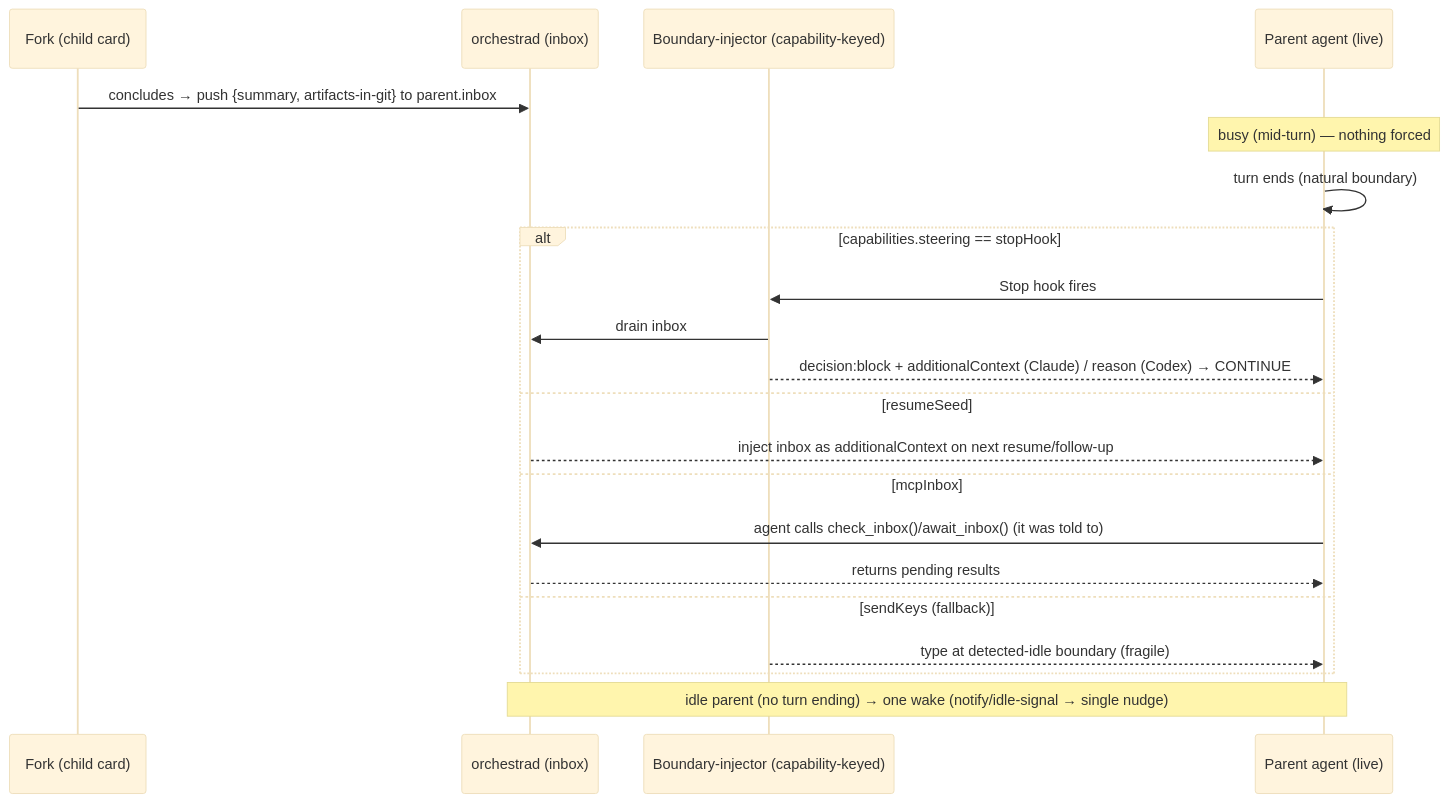
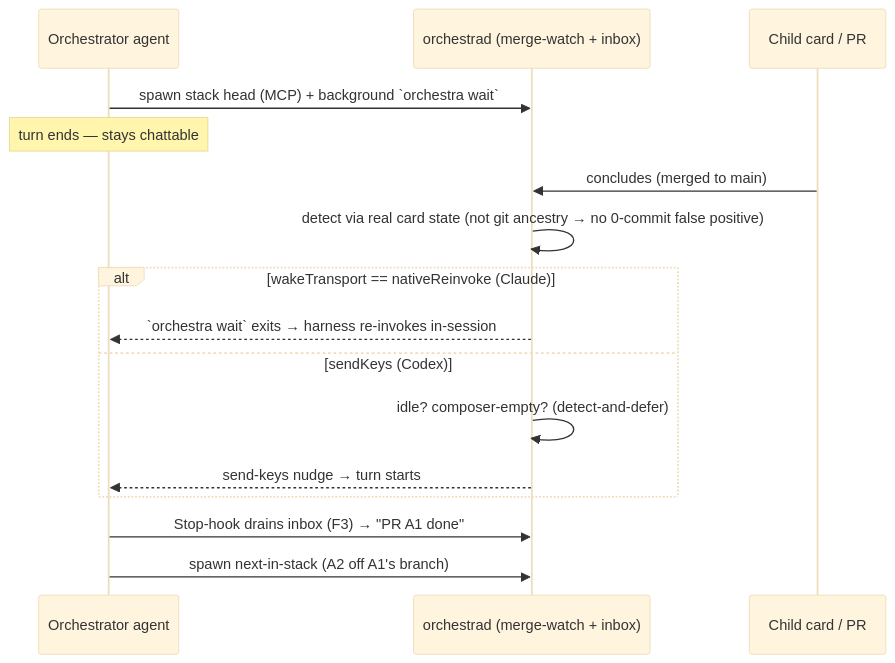
The sixth of 7 diagrams in notes/designs/agent-provider-interface.md (PeiAllen/claude-kanban), drawn with Mermaid (base theme) before and after one commit. The commit also changed other lines of this file, not shown here.

First line of the commit message:
design(agent-provider): live-delivery three-function model (F1/F2/F3) + wake transport

````diff
--- a/notes/designs/agent-provider-interface.md
+++ b/notes/designs/agent-provider-interface.md
@@ -559,23 +611,18 @@
 ```mermaid
 sequenceDiagram
-    participant Fork as Fork (child card)
-    participant D as orchestrad (inbox)
-    participant Inj as Boundary-injector (capability-keyed)
-    participant Parent as Parent agent (live)
-    Fork->>D: concludes → push {summary, artifacts-in-git} to parent.inbox
-    Note over Parent: busy (mid-turn) — nothing forced
-    Parent->>Parent: turn ends (natural boundary)
-    alt capabilities.steering == stopHook
-        Parent->>Inj: Stop hook fires
-        Inj->>D: drain inbox
-        Inj-->>Parent: decision:block + additionalContext (Claude) / reason (Codex) → CONTINUE
-    else resumeSeed
-        D-->>Parent: inject inbox as additionalContext on next resume/follow-up
-    else mcpInbox
-        Parent->>D: agent calls check_inbox()/await_inbox() (it was told to)
-        D-->>Parent: returns pending results
-    else sendKeys (fallback)
-        Inj-->>Parent: type at detected-idle boundary (fragile)
+    participant Ag as Orchestrator agent
+    participant O as orchestrad (merge-watch + inbox)
+    participant Ch as Child card / PR
+    Ag->>O: spawn stack head (MCP) + background `orchestra wait`
+    Note over Ag: turn ends — stays chattable
+    Ch->>O: concludes (merged to main)
+    O->>O: detect via real card state (not git ancestry → no 0-commit false positive)
+    alt wakeTransport == nativeReinvoke (Claude)
+        O-->>Ag: `orchestra wait` exits → harness re-invokes in-session
+    else sendKeys (Codex)
+        O->>O: idle? composer-empty? (detect-and-defer)
+        O-->>Ag: send-keys nudge → turn starts
     end
-    Note over Parent,D: idle parent (no turn ending) → one wake (notify/idle-signal → single nudge)
+    Ag->>O: Stop-hook drains inbox (F3) → "PR A1 done"
+    Ag->>O: spawn next-in-stack (A2 off A1's branch)
 ```
````
